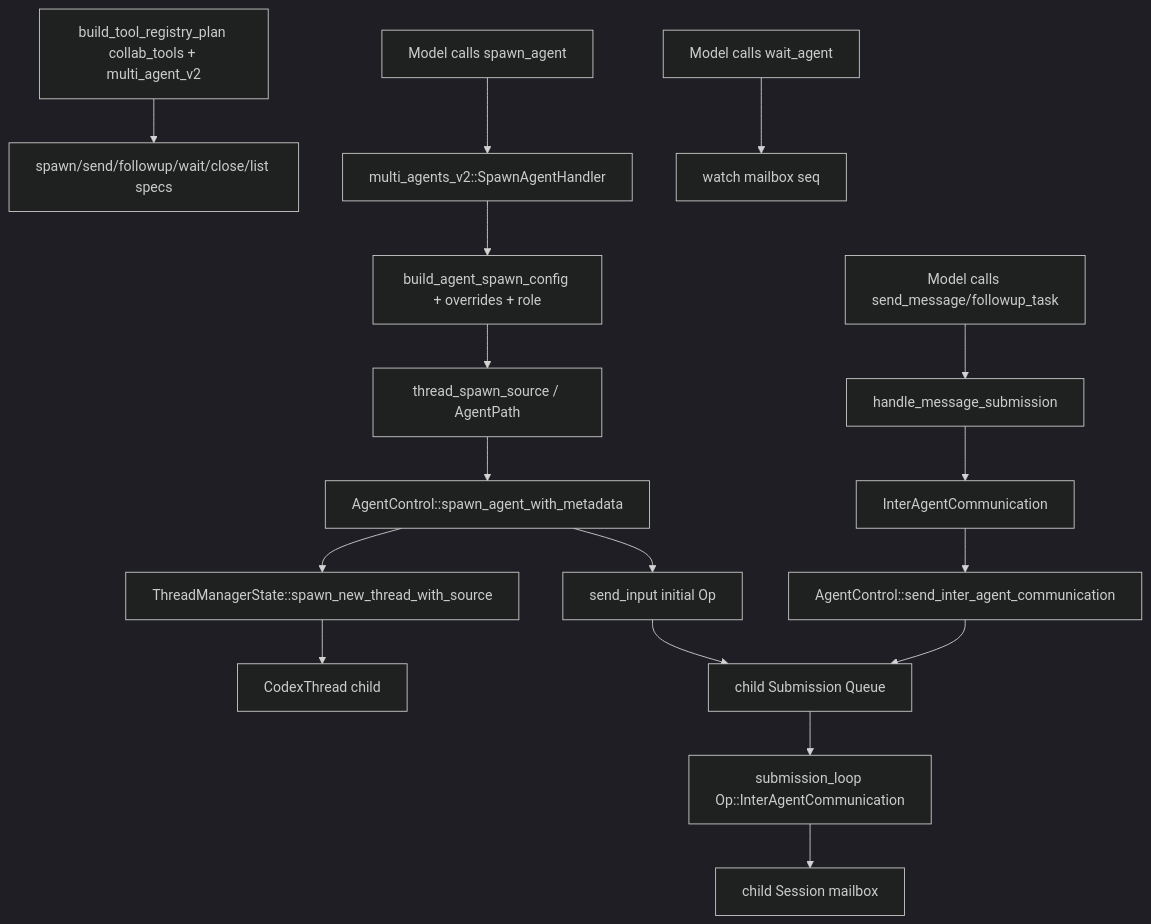
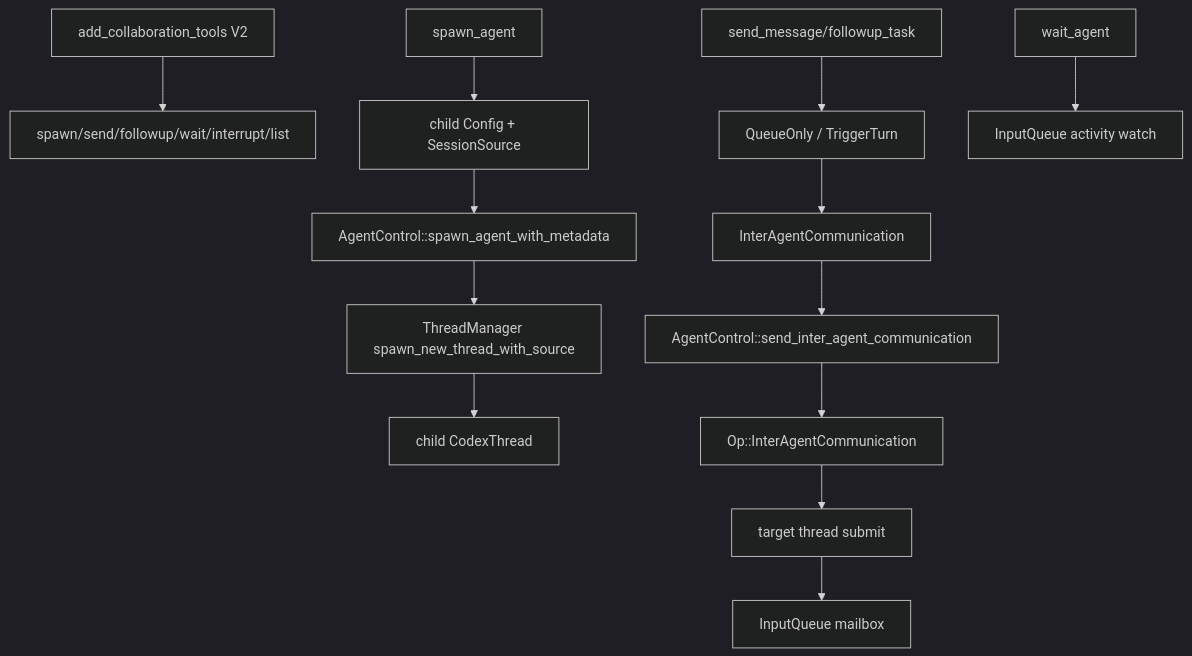
Before and after one commit to wdnmdtonyma/SOTA-Agent-LLM-Wiki: the diagram in docs/llm-wiki/codex/spine/trace-subagent.md, drawn with Mermaid (dark theme). The commit also changed other lines of this file and 188 other files, not shown here.

````diff
--- a/docs/llm-wiki/codex/spine/trace-subagent.md
+++ b/docs/llm-wiki/codex/spine/trace-subagent.md
@@ -24,19 +24,15 @@
 ```mermaid
 flowchart TD
-    PLAN["build_tool_registry_plan collab_tools + multi_agent_v2"] --> SPECS["spawn/send/followup/wait/close/list specs"]
-    MODEL["Model calls spawn_agent"] --> SPAWN["multi_agents_v2::SpawnAgentHandler"]
-    SPAWN --> CONFIG["build_agent_spawn_config + overrides + role"]
-    CONFIG --> SOURCE["thread_spawn_source / AgentPath"]
-    SOURCE --> CONTROL["AgentControl::spawn_agent_with_metadata"]
-    CONTROL --> TM["ThreadManagerState::spawn_new_thread_with_source"]
-    TM --> CHILD["CodexThread child"]
-    CONTROL --> INIT["send_input initial Op"]
-    INIT --> SQ["child Submission Queue"]
-    MODEL2["Model calls send_message/followup_task"] --> MSG["handle_message_submission"]
-    MSG --> IAC["InterAgentCommunication"]
-    IAC --> CONTROLMSG["AgentControl::send_inter_agent_communication"]
-    CONTROLMSG --> SQ
-    SQ --> IACHANDLER["submission_loop Op::InterAgentCommunication"]
-    IACHANDLER --> MAILBOX["child Session mailbox"]
-    MODEL3["Model calls wait_agent"] --> WAIT["watch mailbox seq"]
+    SPEC["add_collaboration_tools V2"] --> TOOLS["spawn/send/followup/wait/interrupt/list"]
+    SPAWN["spawn_agent"] --> CONFIG["child Config + SessionSource"]
+    CONFIG --> CONTROL["AgentControl::spawn_agent_with_metadata"]
+    CONTROL --> THREAD["ThreadManager spawn_new_thread_with_source"]
+    THREAD --> CHILD["child CodexThread"]
+    MSG["send_message/followup_task"] --> MODE["QueueOnly / TriggerTurn"]
+    MODE --> IAC["InterAgentCommunication"]
+    IAC --> SEND["AgentControl::send_inter_agent_communication"]
+    SEND --> OP["Op::InterAgentCommunication"]
+    OP --> TARGET["target thread submit"]
+    TARGET --> QUEUE["InputQueue mailbox"]
+    WAIT["wait_agent"] --> ACTIVITY["InputQueue activity watch"]
 ```
````
